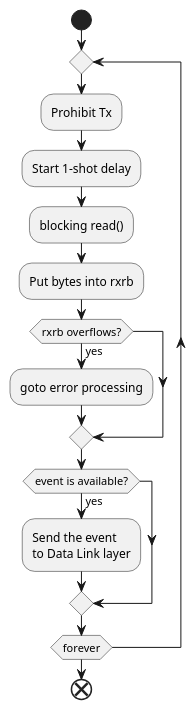
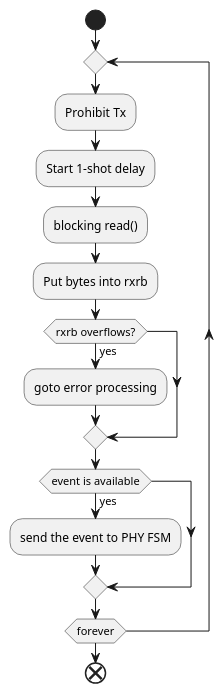
Before and after one commit to yoshinao-takada/07Test: the diagram in Docs/Images/PHY-Rx-thread-act.puml, drawn with PlantUML. The commit also changed 24 other files, not shown here.

```diff
--- a/Docs/Images/PHY-Rx-thread-act.puml
+++ b/Docs/Images/PHY-Rx-thread-act.puml
@@ -1,16 +1,16 @@
 @startuml
 start
 repeat
     :Prohibit Tx;
     :Start 1-shot delay;
     :blocking read();
     :Put bytes into rxrb;
     if (rxrb overflows?) then (yes)
         :goto error processing;
     endif
-    if (event is available?) then (yes)
-        :Send the event\nto Data Link layer;
+    if (event is available) then (yes)
+        :send the event to PHY FSM;
     endif
 repeat while (forever)
 end
 @enduml
```
